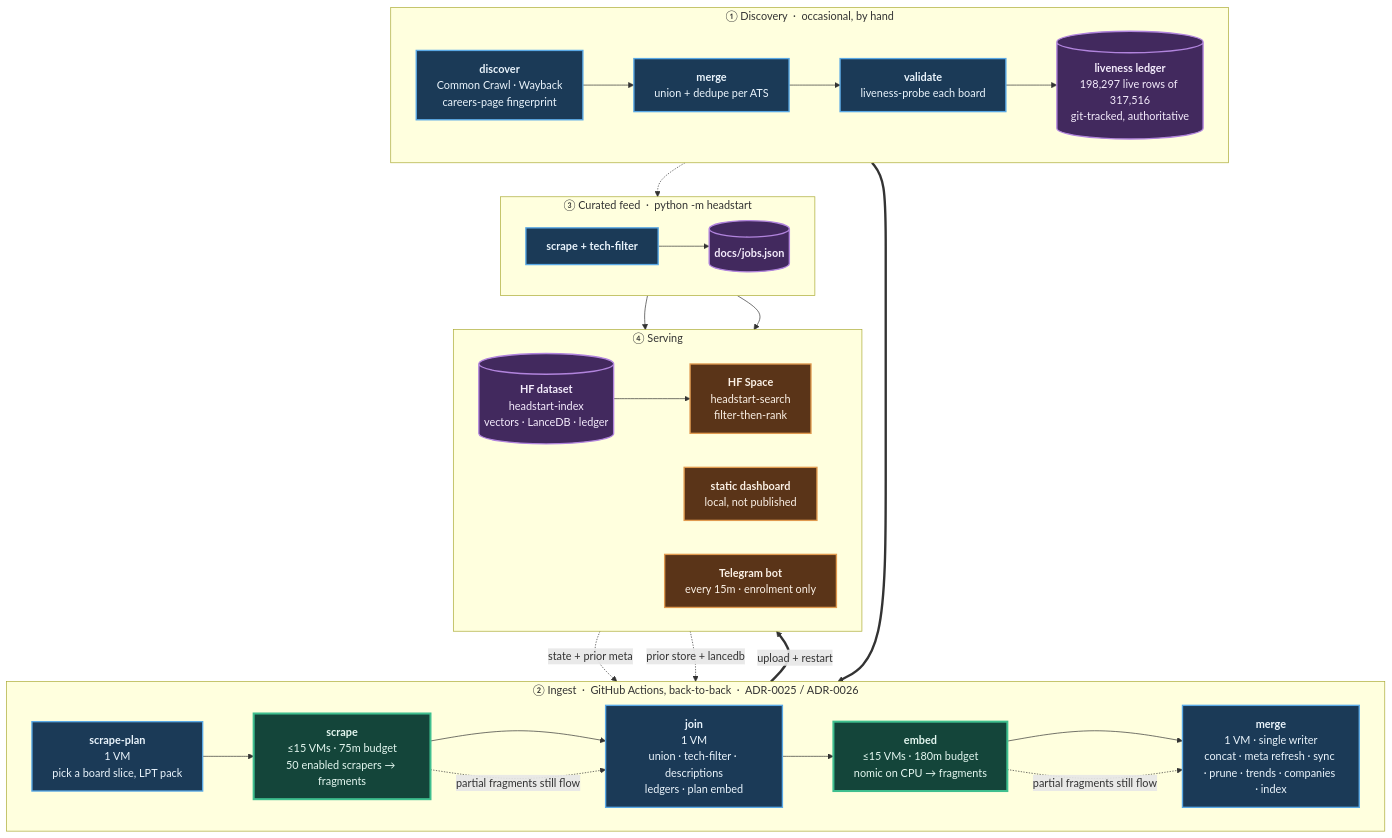
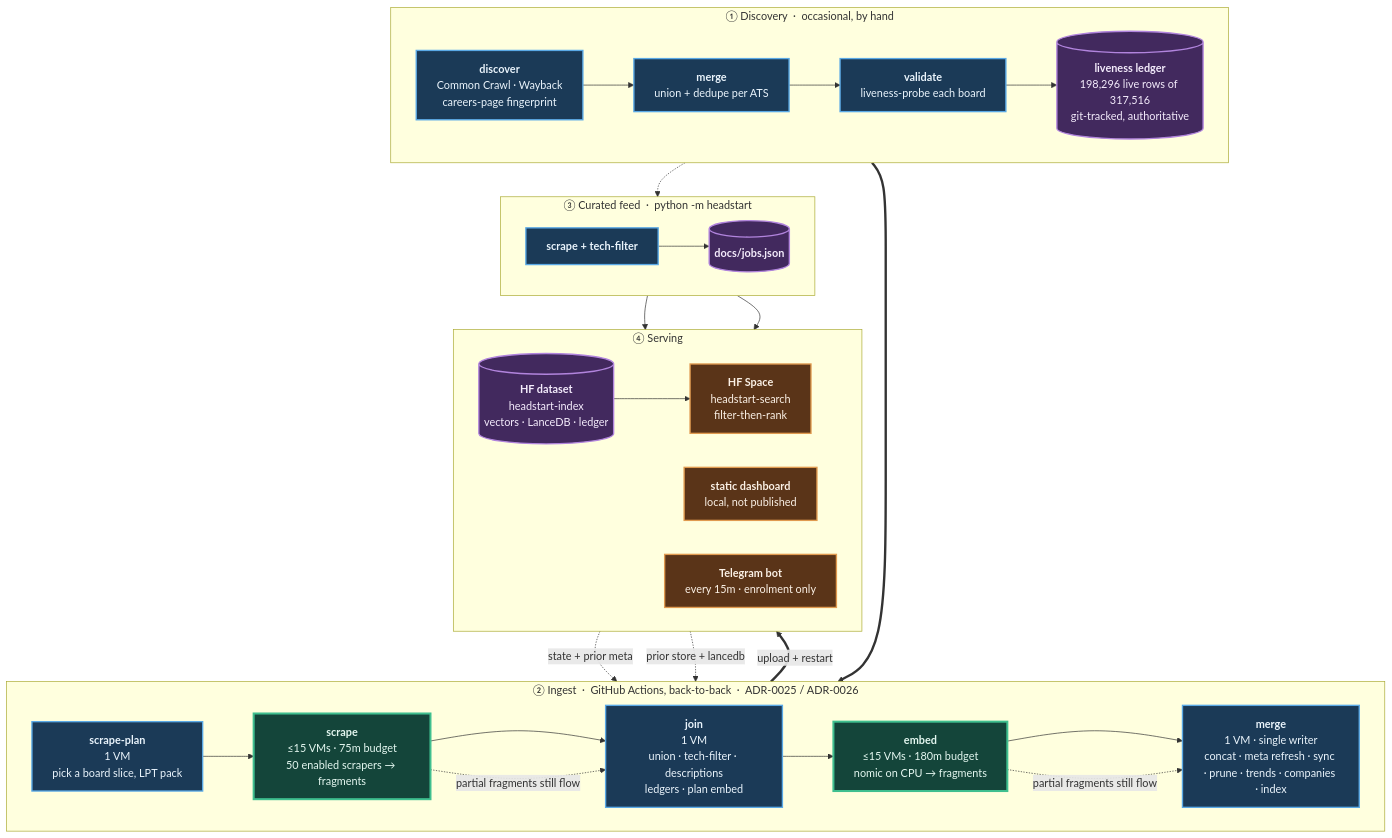
The diagram in README.md (sarthakjain004/headstart), drawn with Mermaid before and after one commit. The commit also changed other lines of this file and 5 other files, not shown here.

````diff
--- a/README.md
+++ b/README.md
@@ -185,56 +185,56 @@
 ```mermaid
 flowchart TB
     subgraph D["① Discovery &nbsp;·&nbsp; occasional, by hand"]
         direction LR
         D1["<b>discover</b><br/>Common Crawl · Wayback<br/>careers-page fingerprint"]
         D2["<b>merge</b><br/>union + dedupe per ATS"]
         D3["<b>validate</b><br/>liveness-probe each board"]
-        D4[("<b>liveness ledger</b><br/>198,297 live rows of 317,516<br/>git-tracked, authoritative")]
+        D4[("<b>liveness ledger</b><br/>198,296 live rows of 317,516<br/>git-tracked, authoritative")]
         D1 --> D2 --> D3 --> D4
     end
 
     subgraph P["② Ingest &nbsp;·&nbsp; GitHub Actions, back-to-back &nbsp;·&nbsp; ADR-0025 / ADR-0026"]
         direction LR
         P1["<b>scrape-plan</b><br/>1 VM<br/>pick a board slice, LPT pack"]
         P2["<b>scrape</b><br/>≤15 VMs · 75m budget<br/>50 enabled scrapers → fragments"]
         P3["<b>join</b><br/>1 VM<br/>union · tech-filter · descriptions<br/>ledgers · plan embed"]
         P4["<b>embed</b><br/>≤15 VMs · 180m budget<br/>nomic on CPU → fragments"]
         P5["<b>merge</b><br/>1 VM · single writer<br/>concat · meta refresh · sync · prune · trends · companies · index"]
         P1 --> P2 --> P3 --> P4 --> P5
     end
 
     subgraph F["③ Curated feed &nbsp;·&nbsp; python -m headstart"]
         direction LR
         F1["<b>scrape + tech-filter</b>"]
         F2[("<b>docs/jobs.json</b>")]
         F1 --> F2
     end
 
     subgraph S["④ Serving"]
         direction LR
         S1[("<b>HF dataset</b><br/>headstart-index<br/>vectors · LanceDB · ledger")]
         S2["<b>HF Space</b><br/>headstart-search<br/>filter-then-rank"]
         S3["<b>static dashboard</b><br/>local, not published"]
         S4["<b>Telegram bot</b><br/>every 15m · enrolment only"]
         S1 --> S2
     end
 
     D4 ==> P1
     S1 -. "state + prior meta" .-> P1
     S1 -. "prior store + lancedb" .-> P5
     D4 -.-> F1
     P5 ==>|"upload + restart"| S1
     F2 --> S3
     F2 --> S4
     P2 -. "partial fragments still flow" .-> P3
     P4 -. "partial fragments still flow" .-> P5
 
     classDef serial fill:#1b3a57,stroke:#5aa9e6,stroke-width:2px,color:#eaf4fc
     classDef fan fill:#14453a,stroke:#3fbf8f,stroke-width:3px,color:#e4f7f0
     classDef store fill:#42295e,stroke:#b184dd,stroke-width:2px,color:#f4ecfc
     classDef serve fill:#5a3418,stroke:#e09a4f,stroke-width:2px,color:#fbf1e6
     class D1,D2,D3,P1,P3,P5,F1 serial
     class P2,P4 fan
     class D4,F2,S1 store
     class S2,S3,S4 serve
 ```
````
